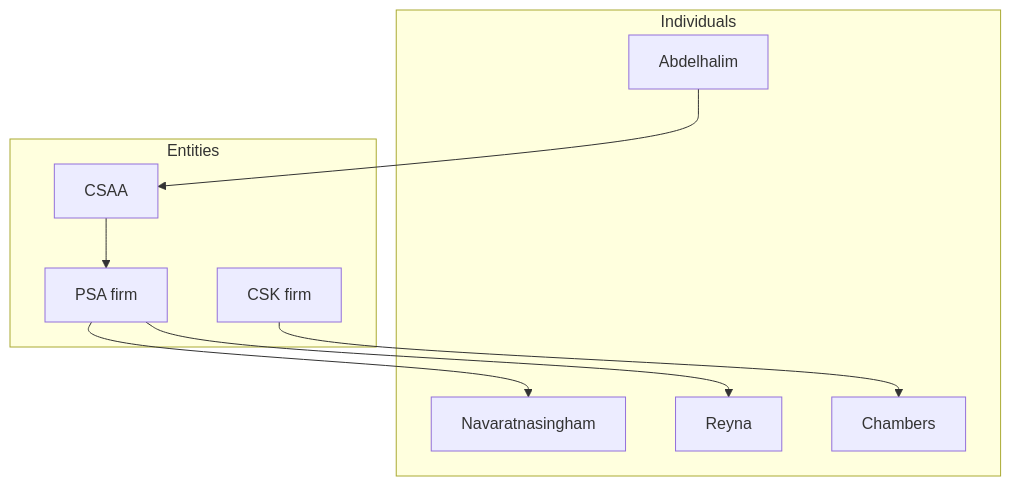
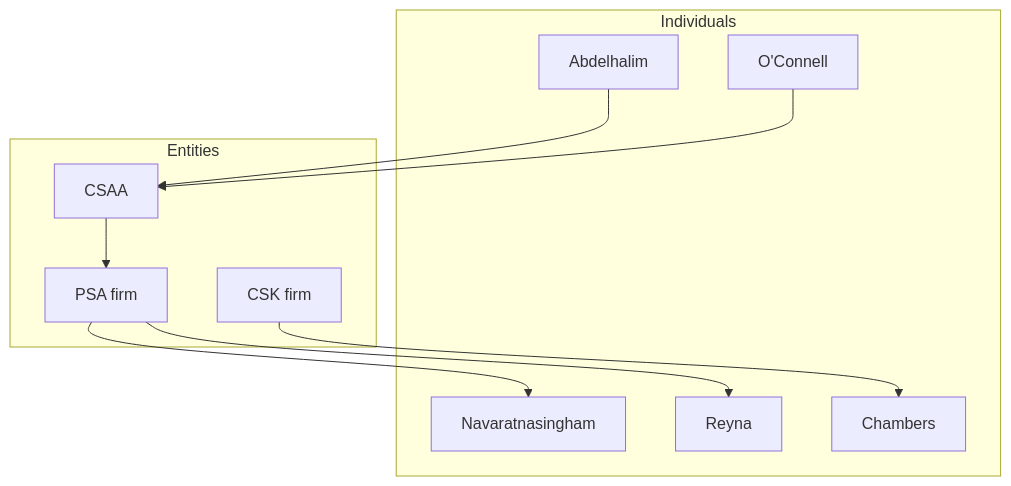
Before and after one commit to Municipal-Public-Trust-in-A-i/CSAA-ABDELHALIM-WONG-PSA-CSK: the second of 2 diagrams in README.md, drawn with Mermaid. The commit also changed other lines of this file and 11 other files, not shown here.

````diff
--- a/README.md
+++ b/README.md
@@ -72,19 +73,21 @@
 ```mermaid
 flowchart TB
   subgraph people ["Individuals"]
     SA["Abdelhalim"]
     PC["Navaratnasingham"]
     AR["Reyna"]
     MC["Chambers"]
+    TO["O'Connell"]
   end
   subgraph entities ["Entities"]
     CSAA["CSAA"]
     PSA["PSA firm"]
     CSK["CSK firm"]
   end
   SA --> CSAA
   CSAA --> PSA
   PSA --> PC
   PSA --> AR
   CSK --> MC
+  TO --> CSAA
 ```
````
